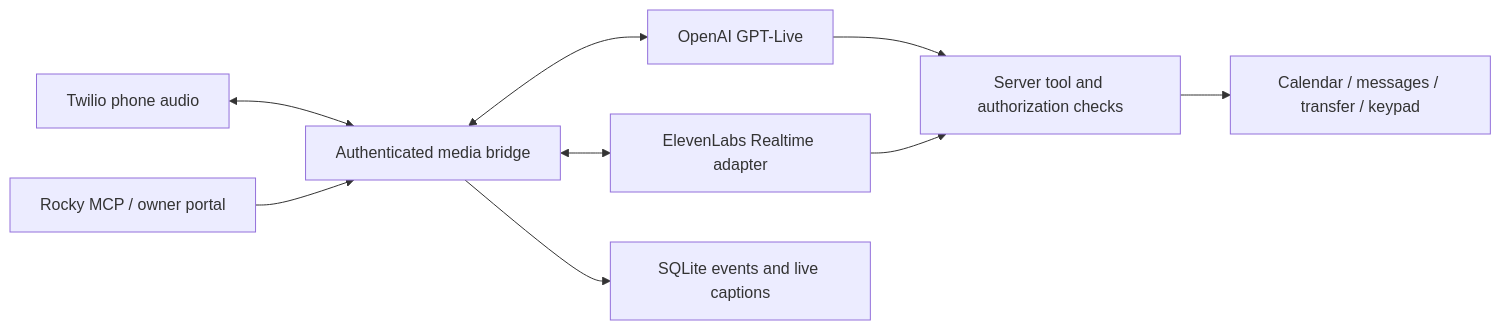
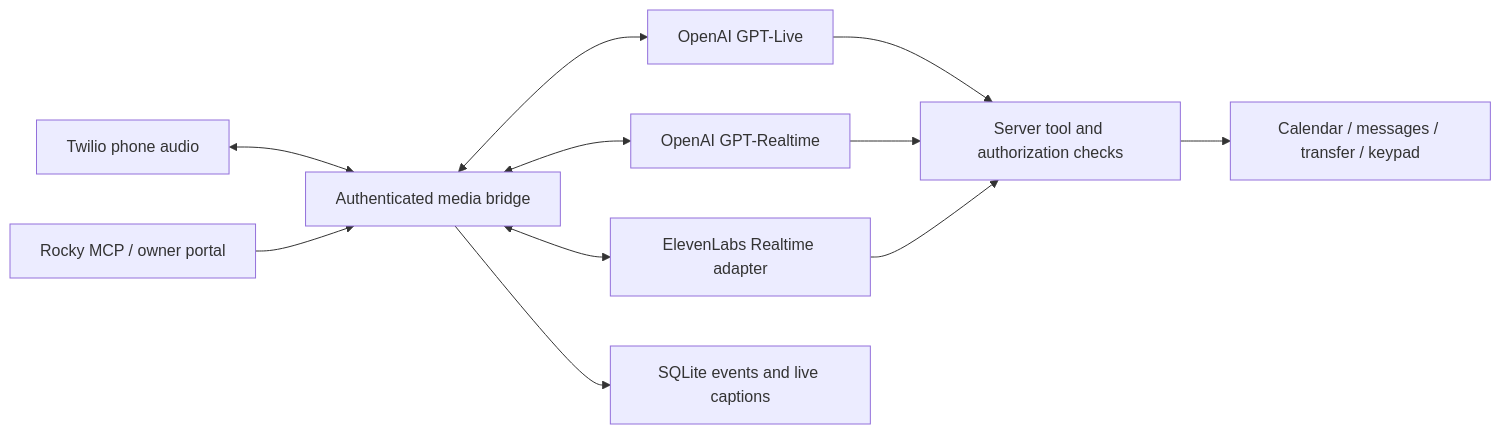
The diagram in docs/voice-backends.md (i-xoxol/phone-assistant), drawn with Mermaid before and after one commit. The commit also changed other lines of this file and 9 other files, not shown here.

Commit message:
Restore Realtime phone greetings and add OpenAI answering models

````diff
--- a/docs/voice-backends.md
+++ b/docs/voice-backends.md
@@ -11,11 +12,13 @@
 ```mermaid
 flowchart LR
     T[Twilio phone audio] <--> B[Authenticated media bridge]
     B <--> O[OpenAI GPT-Live]
+    B <--> A[OpenAI GPT-Realtime]
     B <--> E[ElevenLabs Realtime adapter]
     O --> P[Server tool and authorization checks]
+    A --> P
     E --> P
     P --> C[Calendar / messages / transfer / keypad]
     R[Rocky MCP / owner portal] --> B
     B --> D[SQLite events and live captions]
 ```
````
